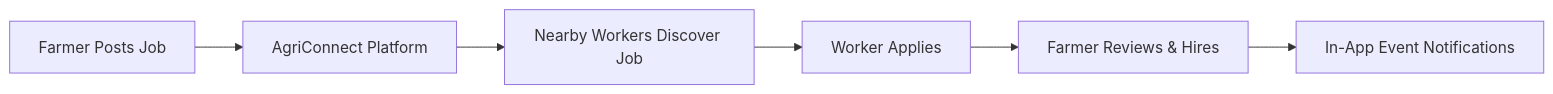
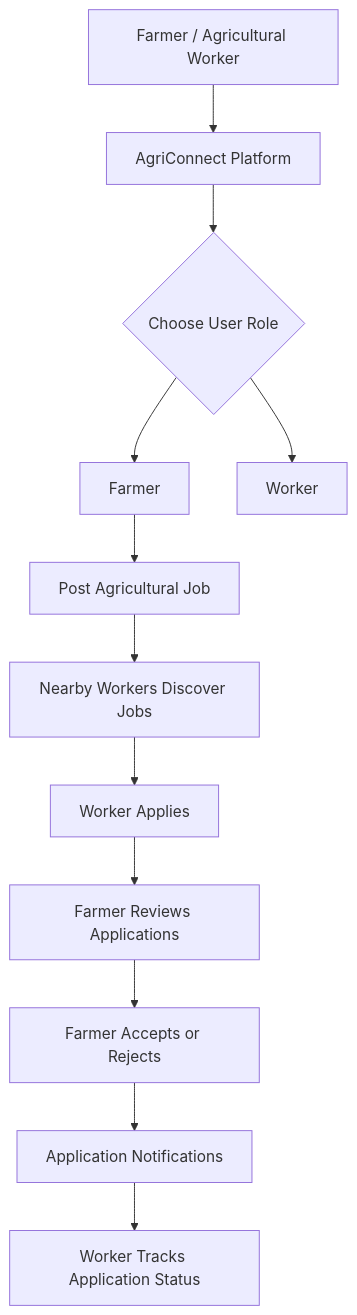
The first of 2 diagrams in README.md (vishal-s-sollapure/AgriConnect), drawn with Mermaid before and after one commit. The commit also changed other lines of this file, not shown here.

Commit message:
AgriConnect project README.md update

````diff
--- a/README.md
+++ b/README.md
@@ -68,8 +71,14 @@
 ```mermaid
-flowchart LR
-    A[Farmer Posts Job] --> B[AgriConnect Platform]
-    B --> C[Nearby Workers Discover Job]
-    C --> D[Worker Applies]
-    D --> E[Farmer Reviews & Hires]
-    E --> F[In-App Event Notifications]
+flowchart TD
+    A[Farmer / Agricultural Worker] --> B[AgriConnect Platform]
+    B --> C{Choose User Role}
+    C --> D[Farmer]
+    C --> E[Worker]
+    D --> F[Post Agricultural Job]
+    F --> G[Nearby Workers Discover Jobs]
+    G --> H[Worker Applies]
+    H --> I[Farmer Reviews Applications]
+    I --> J[Farmer Accepts or Rejects]
+    J --> K[Application Notifications]
+    K --> L[Worker Tracks Application Status]
 ```
````
